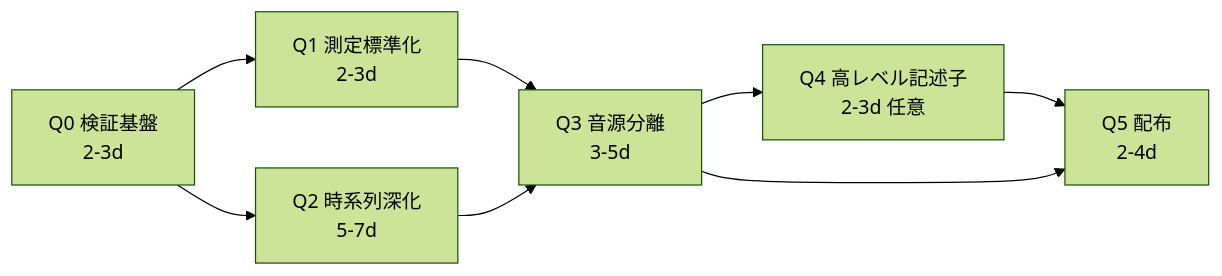
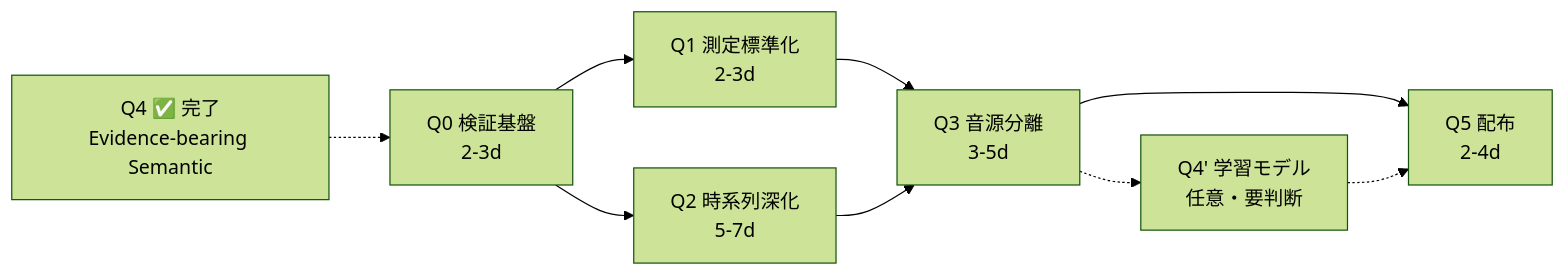
Before and after one commit to Yuu6798/ugh-prompt-engine: the diagram in docs/roadmap_goal1.md, drawn with Mermaid (forest theme). The commit also changed other lines of this file and 4 other files, not shown here.

First line of the commit message:
docs: roadmap_goal1.md Q4 を Evidence-bearing Semantic 完了に更新

````diff
--- a/docs/roadmap_goal1.md
+++ b/docs/roadmap_goal1.md
@@ -130,10 +159,11 @@
 ```mermaid
 flowchart LR
+    Q4done[Q4 ✅ 完了<br/>Evidence-bearing Semantic] -.-> Q0
     Q0[Q0 検証基盤<br/>2-3d] --> Q1[Q1 測定標準化<br/>2-3d]
     Q0 --> Q2[Q2 時系列深化<br/>5-7d]
     Q1 --> Q3[Q3 音源分離<br/>3-5d]
     Q2 --> Q3
-    Q3 --> Q4[Q4 高レベル記述子<br/>2-3d 任意]
-    Q4 --> Q5[Q5 配布<br/>2-4d]
-    Q3 --> Q5
+    Q3 --> Q5[Q5 配布<br/>2-4d]
+    Q3 -.-> Q4prime[Q4' 学習モデル<br/>任意・要判断]
+    Q4prime -.-> Q5
 ```
````
